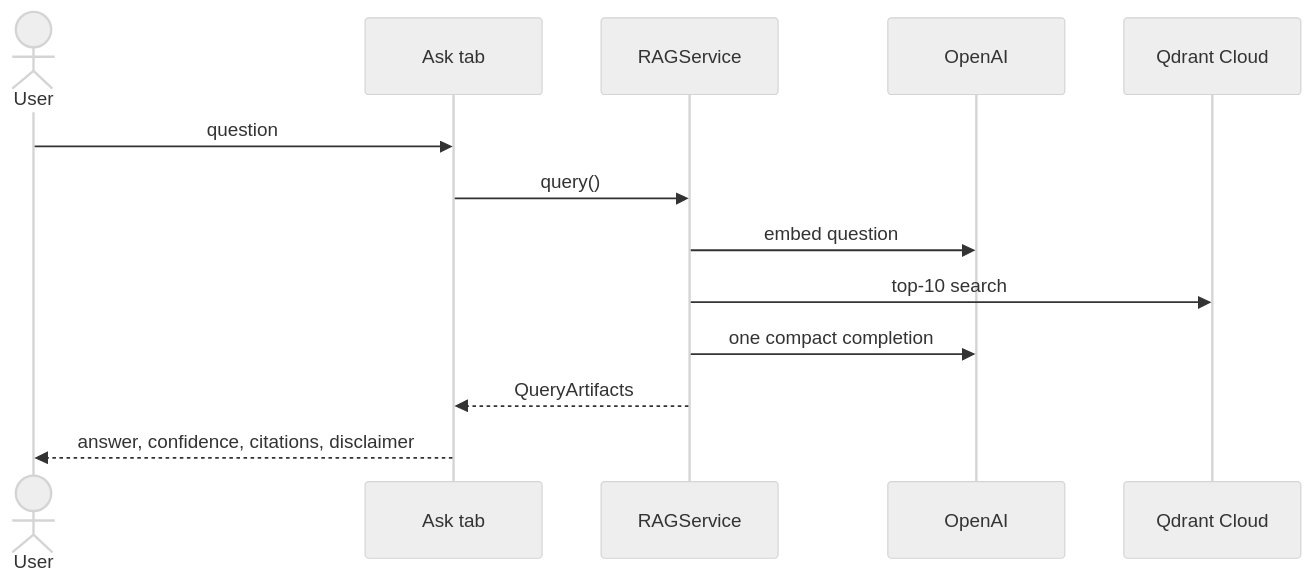
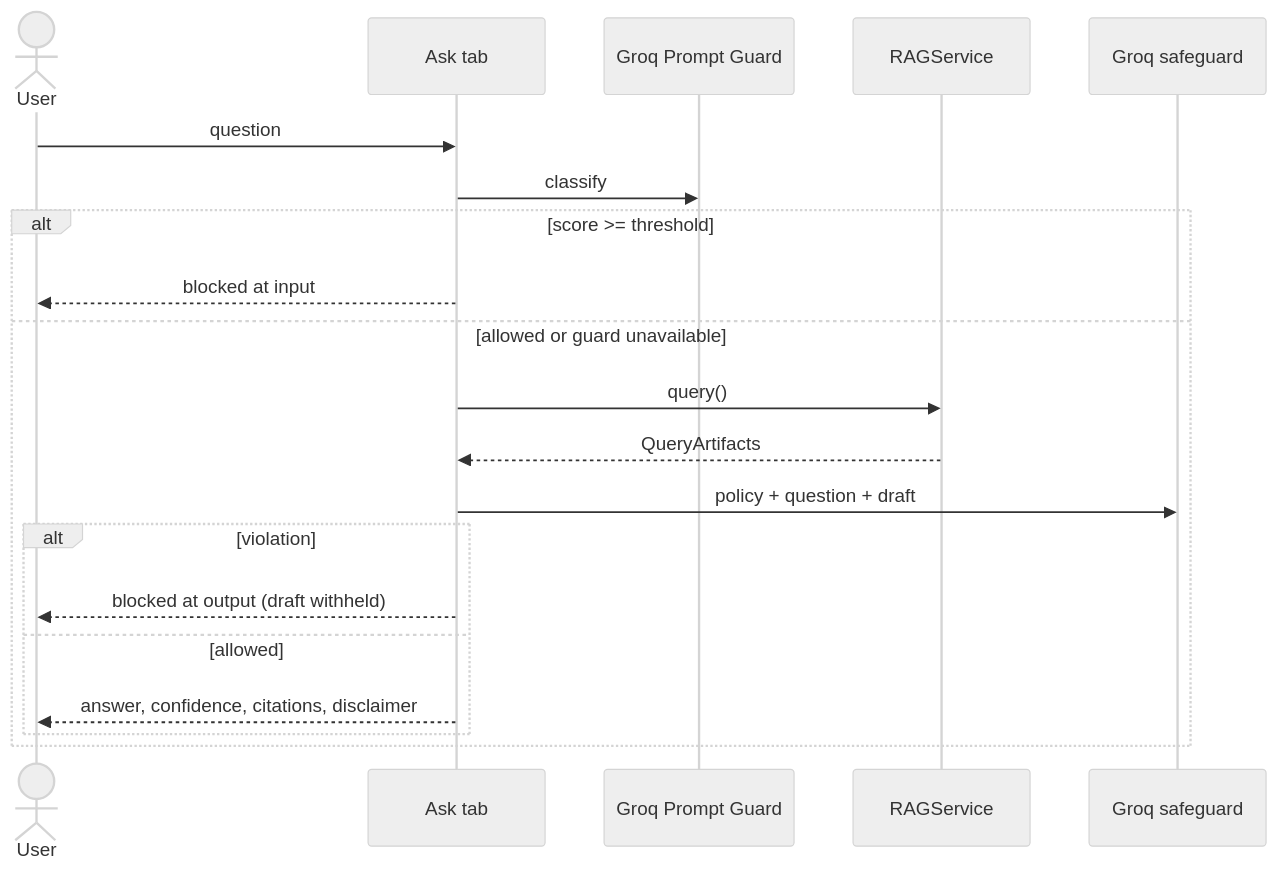
One commit to abhishek-tiwari-nitrr/PulseRAG changed the fourth of 6 diagrams in docs/HLD.md. Above: the diagram before and after it, drawn with Mermaid (neutral theme). The commit also changed other lines of this file and 14 other files, not shown here.

````diff
--- a/docs/HLD.md
+++ b/docs/HLD.md
@@ -98,15 +109,22 @@
 ```mermaid
 sequenceDiagram
     actor User
     participant ASK as Ask tab
+    participant PG as Groq Prompt Guard
     participant SVC as RAGService
-    participant OAI as OpenAI
-    participant QC as Qdrant Cloud
+    participant SG as Groq safeguard
     User->>ASK: question
-    ASK->>SVC: query()
-    SVC->>OAI: embed question
-    SVC->>QC: top-10 search
-    SVC->>OAI: one compact completion
-    SVC-->>ASK: QueryArtifacts
-    ASK-->>User: answer, confidence, citations, disclaimer
+    ASK->>PG: classify
+    alt score >= threshold
+        ASK-->>User: blocked at input
+    else allowed or guard unavailable
+        ASK->>SVC: query()
+        SVC-->>ASK: QueryArtifacts
+        ASK->>SG: policy + question + draft
+        alt violation
+            ASK-->>User: blocked at output (draft withheld)
+        else allowed
+            ASK-->>User: answer, confidence, citations, disclaimer
+        end
+    end
 ```
````
